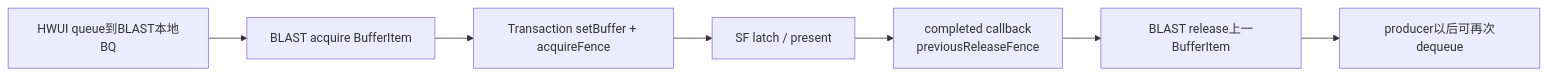
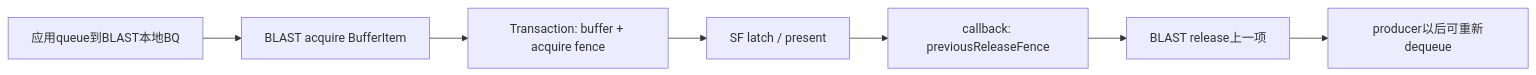
The third of 3 diagrams in Android源码学习/164-AndroidSurfaceControlTransactionBufferStateLayer与事务原子性.md (junyingzhao001/StudyNotes), drawn with Mermaid before and after one commit. The commit also changed other lines of this file and 30 other files, not shown here.

````diff
--- a/Android源码学习/164-AndroidSurfaceControlTransactionBufferStateLayer与事务原子性.md
+++ b/Android源码学习/164-AndroidSurfaceControlTransactionBufferStateLayer与事务原子性.md
@@ -899,9 +773,9 @@
 ```mermaid
 flowchart LR
-    Q["HWUI queue到BLAST本地BQ"] --> A["BLAST acquire BufferItem"]
-    A --> T["Transaction setBuffer + acquireFence"]
+    Q["应用queue到BLAST本地BQ"] --> A["BLAST acquire BufferItem"]
+    A --> T["Transaction: buffer + acquire fence"]
     T --> SF["SF latch / present"]
-    SF --> CB["completed callback<br/>previousReleaseFence"]
-    CB --> R["BLAST release上一BufferItem"]
-    R --> FREE["producer以后可再次dequeue"]
+    SF --> C["callback: previousReleaseFence"]
+    C --> R["BLAST release上一项"]
+    R --> D["producer以后可重新dequeue"]
 ```
````
